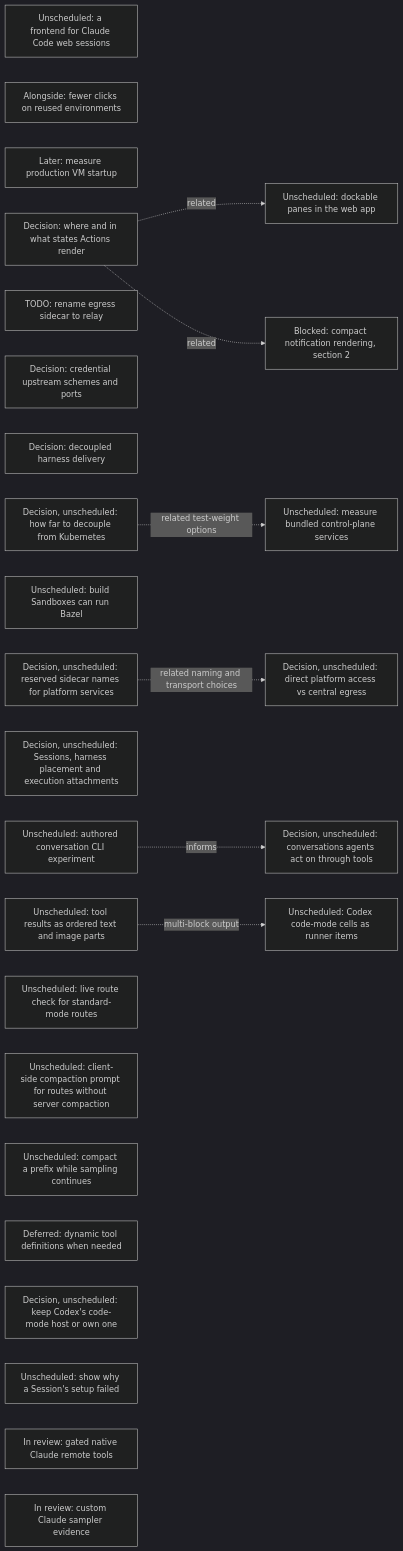
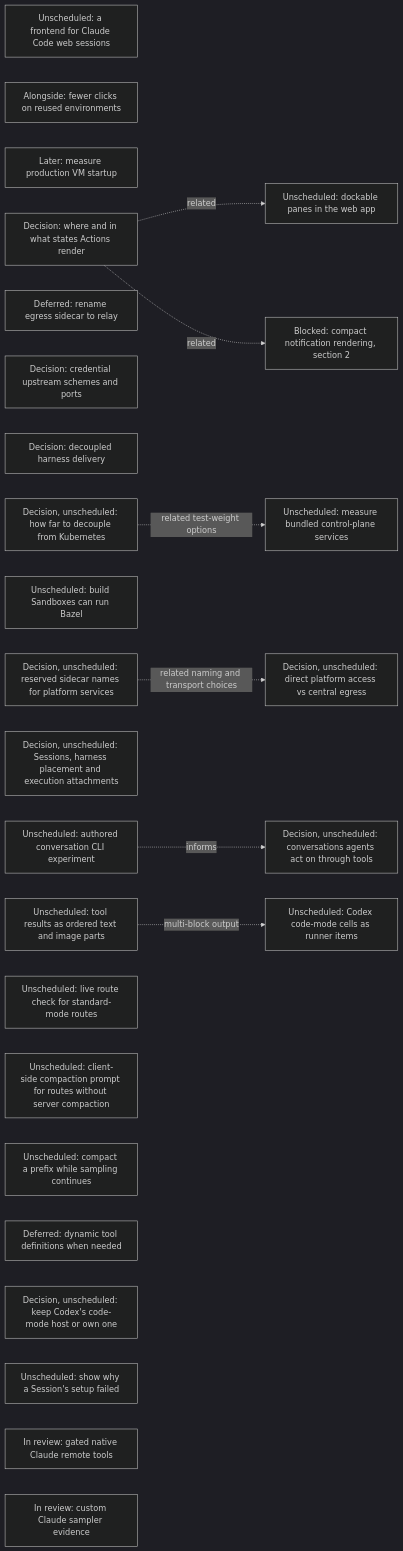
The seventh of 19 diagrams in agentplane/plans/task_dag.md (agentydragon/ducktape), drawn with Mermaid (dark theme) before and after one commit. The commit also changed other lines of this file and 80 other files, not shown here.

````diff
--- a/agentplane/plans/task_dag.md
+++ b/agentplane/plans/task_dag.md
@@ -1093,35 +1093,35 @@
 ```mermaid
 flowchart LR
     CLAUDE_CODE_WEB_BRIDGE[Unscheduled: a frontend for Claude Code web sessions]
     SESSION_LAUNCH_FRICTION[Alongside: fewer clicks on reused environments]
     VM_STARTUP_LATENCY[Later: measure production VM startup]
     ACTION_SURFACES_DESIGN[Decision: where and in what states Actions render]
-    EGRESS_RELAY_RENAME[TODO: rename egress sidecar to relay]
+    EGRESS_RELAY_RENAME[Deferred: rename egress sidecar to relay]
     EGRESS_CREDENTIAL_TRANSPORT_DESIGN[Decision: credential upstream schemes and ports]
     RUNNER_HARNESS_DELIVERY_DESIGN[Decision: decoupled harness delivery]
     K3S_BUNDLED_SERVICES_SPIKE[Unscheduled: measure bundled control-plane services]
     KUBERNETES_DECOUPLING_DESIGN[Decision, unscheduled: how far to decouple from Kubernetes]
     KUBERNETES_DECOUPLING_DESIGN -. related test-weight options .-> K3S_BUNDLED_SERVICES_SPIKE
     DOCKABLE_PANES[Unscheduled: dockable panes in the web app]
     ACTION_SURFACES_DESIGN -. related .-> DOCKABLE_PANES
     NOTIFICATION_PRESENTATION[Blocked: compact notification rendering, section 2]
     ACTION_SURFACES_DESIGN -. related .-> NOTIFICATION_PRESENTATION
     BUILD_BOX_BAZEL[Unscheduled: build Sandboxes can run Bazel]
     PLATFORM_SERVICE_NAMES_DESIGN[Decision, unscheduled: reserved sidecar names for platform services]
     PLATFORM_SERVICE_ROUTING_DESIGN[Decision, unscheduled: direct platform access vs central egress]
     PLATFORM_SERVICE_NAMES_DESIGN -. related naming and transport choices .-> PLATFORM_SERVICE_ROUTING_DESIGN
     SESSION_RUNTIME_MODEL_DESIGN[Decision, unscheduled: Sessions, harness placement and execution attachments]
     AGENT_AUTHORED_CONVERSATIONS_DESIGN[Decision, unscheduled: conversations agents act on through tools]
     AGENT_AUTHORED_CONVERSATIONS_EXPERIMENT[Unscheduled: authored conversation CLI experiment]
     AGENT_AUTHORED_CONVERSATIONS_EXPERIMENT -. informs .-> AGENT_AUTHORED_CONVERSATIONS_DESIGN
     STRUCTURED_TOOL_OUTPUT[Unscheduled: tool results as ordered text and image parts]
     STRUCTURED_TOOL_OUTPUT -. multi-block output .-> CODEX_CODE_MODE_CELLS[Unscheduled: Codex code-mode cells as runner items]
     CENTRAL_SAMPLER_MODEL_CAPABILITIES[Unscheduled: live route check for standard-mode routes]
     CENTRAL_SAMPLER_PROMPT_COMPACTION[Unscheduled: client-side compaction prompt for routes without server compaction]
     CENTRAL_SAMPLER_BACKGROUND_COMPACTION[Unscheduled: compact a prefix while sampling continues]
     CENTRAL_SAMPLER_DYNAMIC_TOOLS[Deferred: dynamic tool definitions when needed]
     CODE_MODE_HOST_DESIGN[Decision, unscheduled: keep Codex's code-mode host or own one]
     SESSION_SETUP_FAILURE_CAUSE[Unscheduled: show why a Session's setup failed]
     CLAUDE_REMOTE_EXECUTION_SPIKE[In review: gated native Claude remote tools]
     CLAUDE_CUSTOM_SAMPLER[In review: custom Claude sampler evidence]
 ```
````
